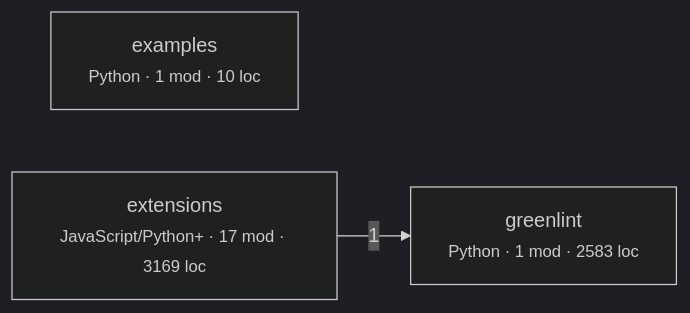
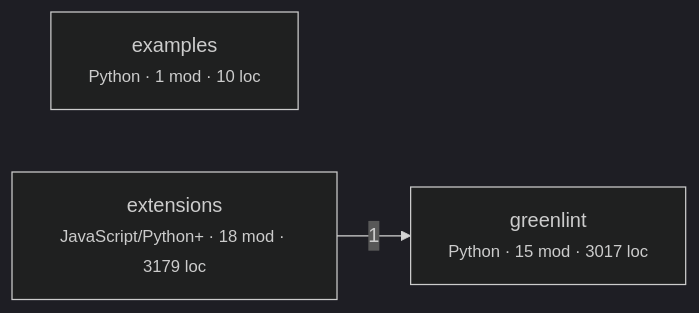
The first of 3 diagrams in ARCHITECTURE.md (fabiocicerchia/greenlint), drawn with Mermaid (dark theme) before and after one commit. The commit also changed other lines of this file and 1 other file, not shown here.

First line of the commit message:
docs: regenerate ARCHITECTURE.md for the package layout (#119)

````diff
--- a/ARCHITECTURE.md
+++ b/ARCHITECTURE.md
@@ -277,7 +278,7 @@
 ```mermaid
 graph LR
   examples["examples<br/><small>Python · 1 mod · 10 loc</small>"]
-  extensions["extensions<br/><small>JavaScript/Python+ · 17 mod · 3169 loc</small>"]
-  greenlint["greenlint<br/><small>Python · 1 mod · 2583 loc</small>"]
+  extensions["extensions<br/><small>JavaScript/Python+ · 18 mod · 3179 loc</small>"]
+  greenlint["greenlint<br/><small>Python · 15 mod · 3017 loc</small>"]
   extensions -->|1| greenlint
 ```
````
